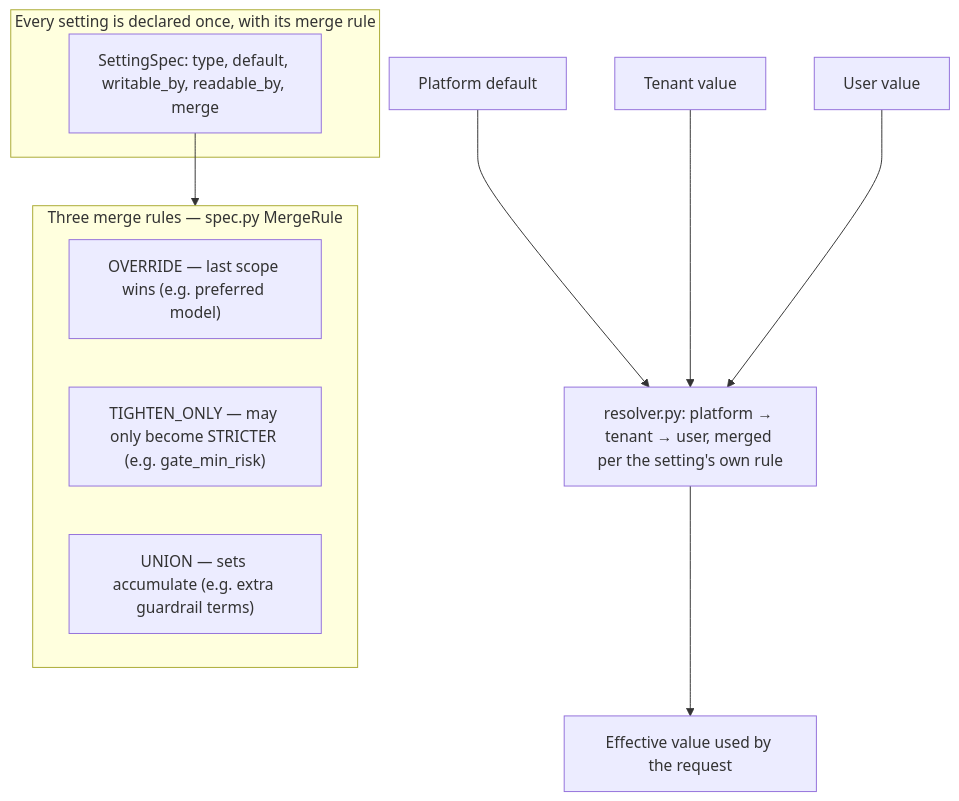
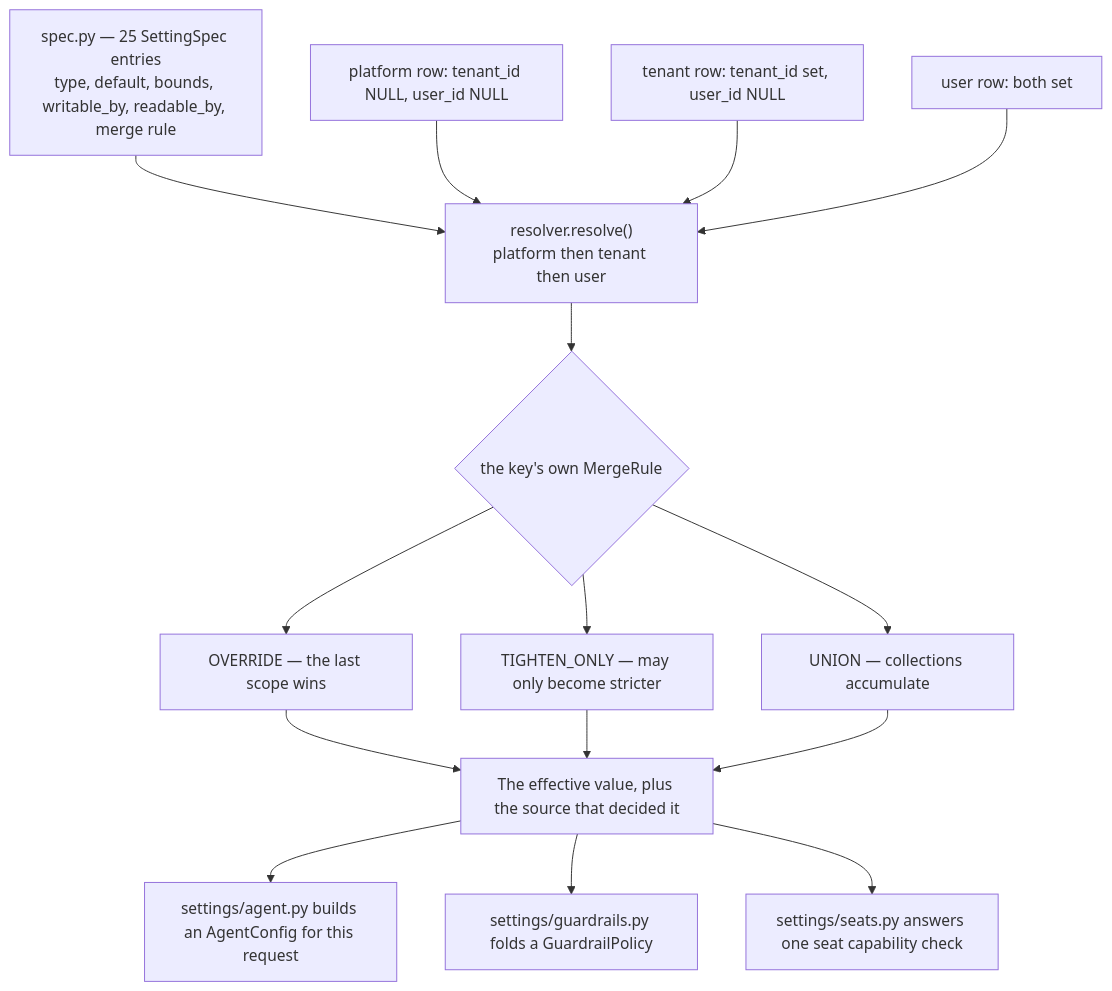
The diagram in docs/teaching/settings.md (yrevash/aegis), drawn with Mermaid before and after one commit. The commit also changed other lines of this file and 29 other files, not shown here.

````diff
--- a/docs/teaching/settings.md
+++ b/docs/teaching/settings.md
@@ -27,16 +24,17 @@
 ```mermaid
 flowchart TD
-    subgraph SPEC["Every setting is declared once, with its merge rule"]
-        S["SettingSpec: type, default, writable_by, readable_by, merge"]
-    end
-    subgraph MERGE["Three merge rules — spec.py MergeRule"]
-        O["OVERRIDE — last scope wins (e.g. preferred model)"]
-        T["TIGHTEN_ONLY — may only become STRICTER (e.g. gate_min_risk)"]
-        U["UNION — sets accumulate (e.g. extra guardrail terms)"]
-    end
-    S --> MERGE
-    P[Platform default] --> R["resolver.py: platform → tenant → user, merged per the setting's own rule"]
-    TE[Tenant value] --> R
-    US[User value] --> R
-    R --> EFF[Effective value used by the request]
+    SPEC["spec.py — 25 SettingSpec entries<br/>type, default, bounds, writable_by, readable_by, merge rule"] --> R
+    P["platform row: tenant_id NULL, user_id NULL"] --> R["resolver.resolve()<br/>platform then tenant then user"]
+    T["tenant row: tenant_id set, user_id NULL"] --> R
+    U["user row: both set"] --> R
+    R --> M{"the key's own MergeRule"}
+    M --> O["OVERRIDE — the last scope wins"]
+    M --> TO["TIGHTEN_ONLY — may only become stricter"]
+    M --> UN["UNION — collections accumulate"]
+    O --> EFF["The effective value, plus the source that decided it"]
+    TO --> EFF
+    UN --> EFF
+    EFF --> C1["settings/agent.py builds an AgentConfig for this request"]
+    EFF --> C2["settings/guardrails.py folds a GuardrailPolicy"]
+    EFF --> C3["settings/seats.py answers one seat capability check"]
 ```
````
